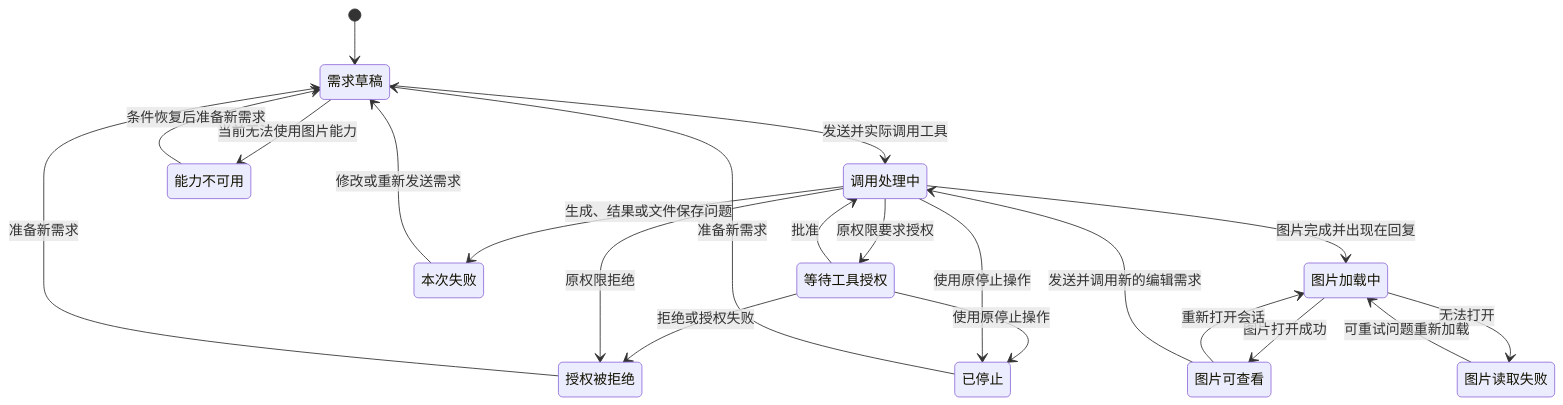
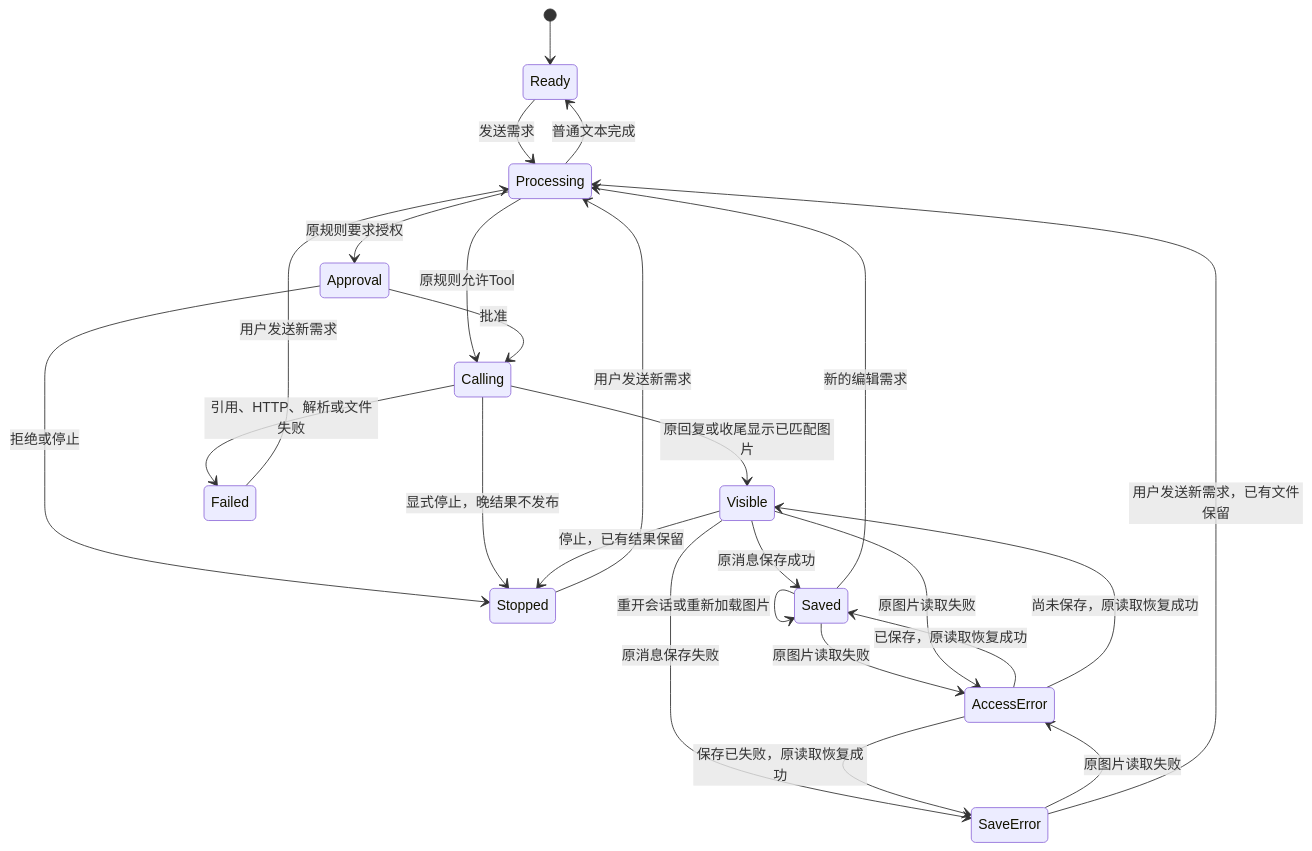
Before and after one commit to glide-the/im-dream: the third of 3 diagrams in docs/design/claude-agent/image-generation-interaction-design.md, drawn with Mermaid. The commit also changed other lines of this file and 136 other files, not shown here.

````diff
--- a/docs/design/claude-agent/image-generation-interaction-design.md
+++ b/docs/design/claude-agent/image-generation-interaction-design.md
@@ -199,23 +203,27 @@
 ```mermaid
 stateDiagram-v2
-    [*] --> 需求草稿
-    需求草稿 --> 调用处理中: 发送并实际调用工具
-    需求草稿 --> 能力不可用: 当前无法使用图片能力
-    能力不可用 --> 需求草稿: 条件恢复后准备新需求
-    调用处理中 --> 等待工具授权: 原权限要求授权
-    等待工具授权 --> 调用处理中: 批准
-    等待工具授权 --> 授权被拒绝: 拒绝或授权失败
-    调用处理中 --> 授权被拒绝: 原权限拒绝
-    等待工具授权 --> 已停止: 使用原停止操作
-    调用处理中 --> 已停止: 使用原停止操作
-    调用处理中 --> 本次失败: 生成、结果或文件保存问题
-    调用处理中 --> 图片加载中: 图片完成并出现在回复
-    图片加载中 --> 图片可查看: 图片打开成功
-    图片加载中 --> 图片读取失败: 无法打开
-    图片读取失败 --> 图片加载中: 可重试问题重新加载
-    图片可查看 --> 图片加载中: 重新打开会话
-    图片可查看 --> 调用处理中: 发送并调用新的编辑需求
-    本次失败 --> 需求草稿: 修改或重新发送需求
-    授权被拒绝 --> 需求草稿: 准备新需求
-    已停止 --> 需求草稿: 准备新需求
+    [*] --> Ready
+    Ready --> Processing: 发送需求
+    Processing --> Ready: 普通文本完成
+    Processing --> Approval: 原规则要求授权
+    Processing --> Calling: 原规则允许Tool
+    Approval --> Calling: 批准
+    Approval --> Stopped: 拒绝或停止
+    Calling --> Visible: 原回复或收尾显示已匹配图片
+    Calling --> Failed: 引用、HTTP、解析或文件失败
+    Calling --> Stopped: 显式停止，晚结果不发布
+    Visible --> Saved: 原消息保存成功
+    Visible --> SaveError: 原消息保存失败
+    Visible --> Stopped: 停止，已有结果保留
+    Saved --> Processing: 新的编辑需求
+    Saved --> Saved: 重开会话或重新加载图片
+    Saved --> AccessError: 原图片读取失败
+    Visible --> AccessError: 原图片读取失败
+    SaveError --> AccessError: 原图片读取失败
+    AccessError --> Saved: 已保存，原读取恢复成功
+    AccessError --> Visible: 尚未保存，原读取恢复成功
+    AccessError --> SaveError: 保存已失败，原读取恢复成功
+    Failed --> Processing: 用户发送新需求
+    Stopped --> Processing: 用户发送新需求
+    SaveError --> Processing: 用户发送新需求，已有文件保留
 ```
````
